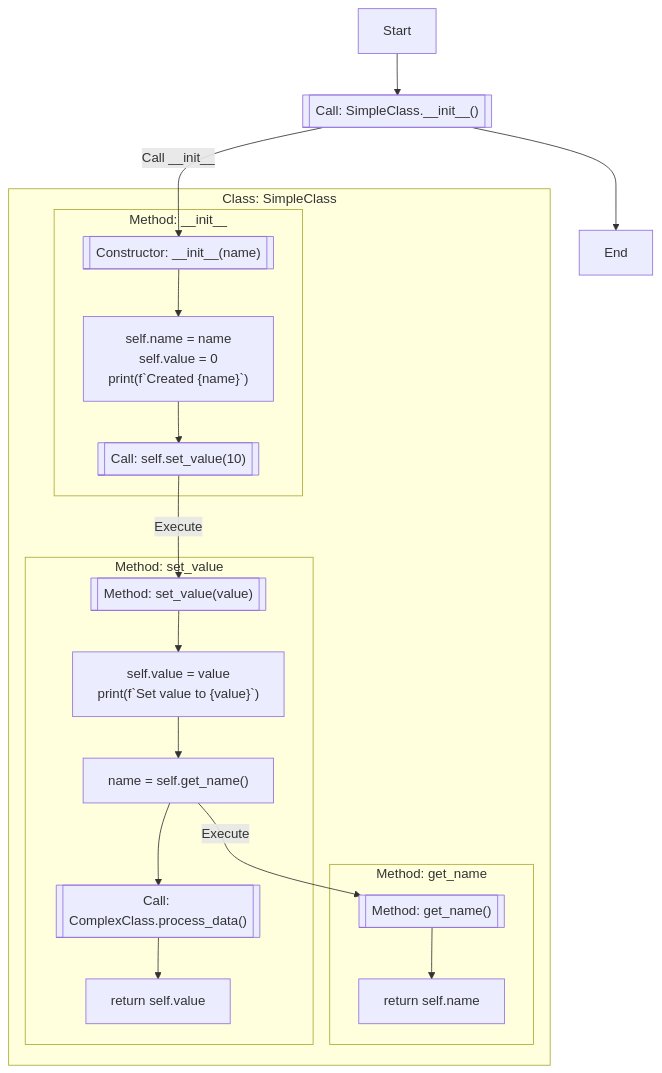
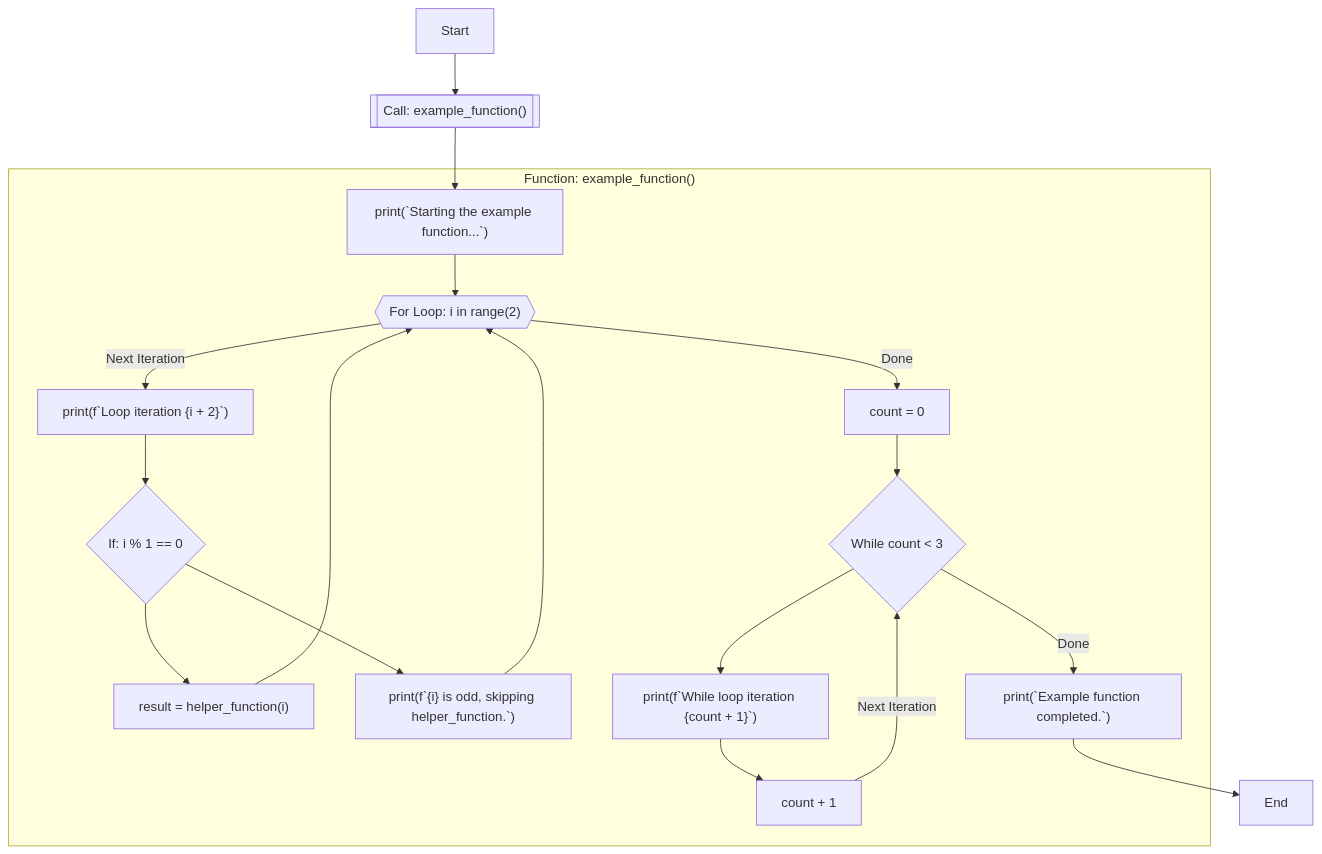
One commit to Leonardo8133/flowchart-machine changed the diagram in flowchart/temp/flowchart.mmd. Above: the diagram before and after it, drawn with Mermaid. The commit also changed 35 other files, not shown here.

```diff
--- a/flowchart/temp/flowchart.mmd
+++ b/flowchart/temp/flowchart.mmd
@@ -1,46 +1,45 @@
 graph TD
 	start1[Start]
 	end2[End]
-	method_call4[["Call: SimpleClass.__init__()"]]
-	method___init__5[["Constructor: __init__(name)"]]
-	assign6["self.name = name\nself.value = 0\nprint(f`Created {name}`)"]
-	method_call7[["Call: self.set_value(10)"]]
-	method_set_value8[["Method: set_value(value)"]]
-	assign9["self.value = value\nprint(f`Set value to {value}`)"]
-	assign10["name = self.get_name()"]
-	method_get_name11[["Method: get_name()"]]
-	return12["return self.name"]
-	method_call13[["Call: ComplexClass.process_data()"]]
-	return14["return self.value"]
-    method_call4[["Call: SimpleClass.__init__()"]]
-subgraph "Class: SimpleClass"
-    subgraph "Method: __init__"
-        method___init__5[["Constructor: __init__(name)"]]
-        assign6["self.name = name\nself.value = 0\nprint(f`Created {name}`)"]
-        method_call7[["Call: self.set_value(10)"]]
+	call_example_function3[["Call: example_function()"]]
+	print5["print(`Starting the example function...`)"]
+	for_loop6{{"For Loop: i in range(2)"}}
+	print8["print(f`Loop iteration {i + 2}`)"]
+	if_cond9{"If: i % 1 == 0"}
+	assign10["result = helper_function(i)"]
+	print12["print(f`{i} is odd, skipping helper_function.`)"]
+	assign13["count = 0"]
+	while_loop14{"While count &lt 3"}
+	print16["print(f`While loop iteration {count + 1}`)"]
+	augassign17["count + 1"]
+	print18["print(`Example function completed.`)"]
+    call_example_function3[["Call: example_function()"]]
+    subgraph "Function: example_function()"
+        print5["print(`Starting the example function...`)"]
+        for_loop6{{"For Loop: i in range(2)"}}
+        print8["print(f`Loop iteration {i + 2}`)"]
+        if_cond9{"If: i % 1 == 0"}
+        assign10["result = helper_function(i)"]
+        print12["print(f`{i} is odd, skipping helper_function.`)"]
+        assign13["count = 0"]
+        while_loop14{"While count &lt 3"}
+        print16["print(f`While loop iteration {count + 1}`)"]
+        augassign17["count + 1"]
+        print18["print(`Example function completed.`)"]
     end
-    subgraph "Method: get_name"
-        method_get_name11[["Method: get_name()"]]
-        return12["return self.name"]
-    end
-    subgraph "Method: set_value"
-        method_set_value8[["Method: set_value(value)"]]
-        assign9["self.value = value\nprint(f`Set value to {value}`)"]
-        assign10["name = self.get_name()"]
-        method_call13[["Call: ComplexClass.process_data()"]]
-        return14["return self.value"]
-    end
-end
-    method_call4[["Call: SimpleClass.__init__()"]]
-        start1 --> method_call4
-        method_call4 -->|Call __init__| method___init__5
-        method___init__5 --> assign6
-        assign6 --> method_call7
-        method_call7 -->|Execute| method_set_value8
-        method_set_value8 --> assign9
-        assign9 --> assign10
-        assign10 -->|Execute| method_get_name11
-        method_get_name11 --> return12
-        assign10 --> method_call13
-        method_call13 --> return14
-        method_call4 --> end2
+    	start1 --> call_example_function3
+    	call_example_function3 --> print5
+    	print5 --> for_loop6
+    	for_loop6 -->|Next Iteration| print8
+    	print8 --> if_cond9
+    	if_cond9 --> assign10
+    	assign10 --> for_loop6
+    	if_cond9 --> print12
+    	print12 --> for_loop6
+    	for_loop6 -->|Done| assign13
+    	assign13 --> while_loop14
+    	while_loop14 --> print16
+    	print16 --> augassign17
+    	augassign17 -->|Next Iteration| while_loop14
+    	while_loop14 -->|Done| print18
+    	print18 --> end2
```
